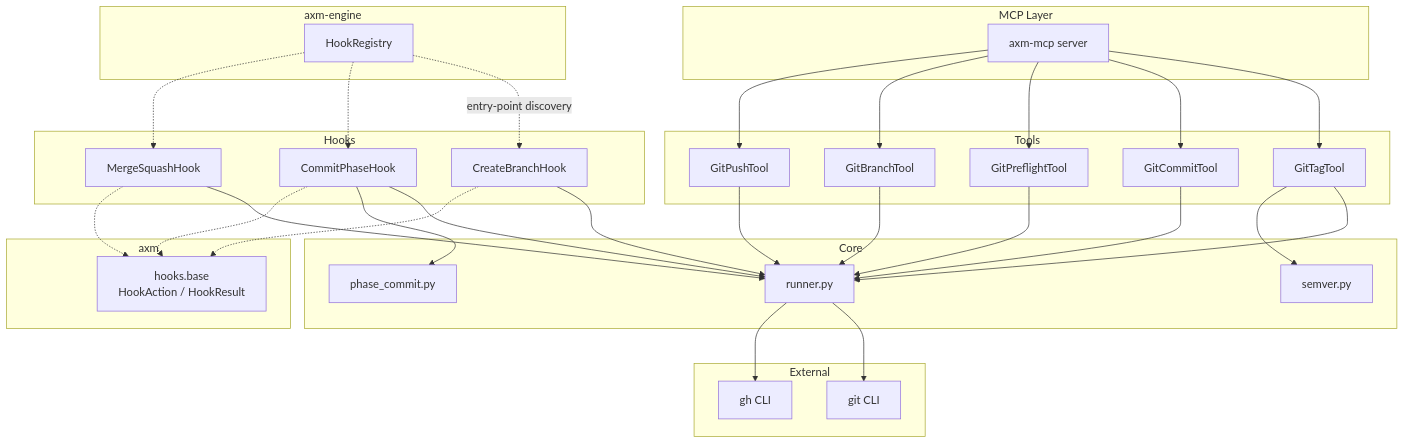
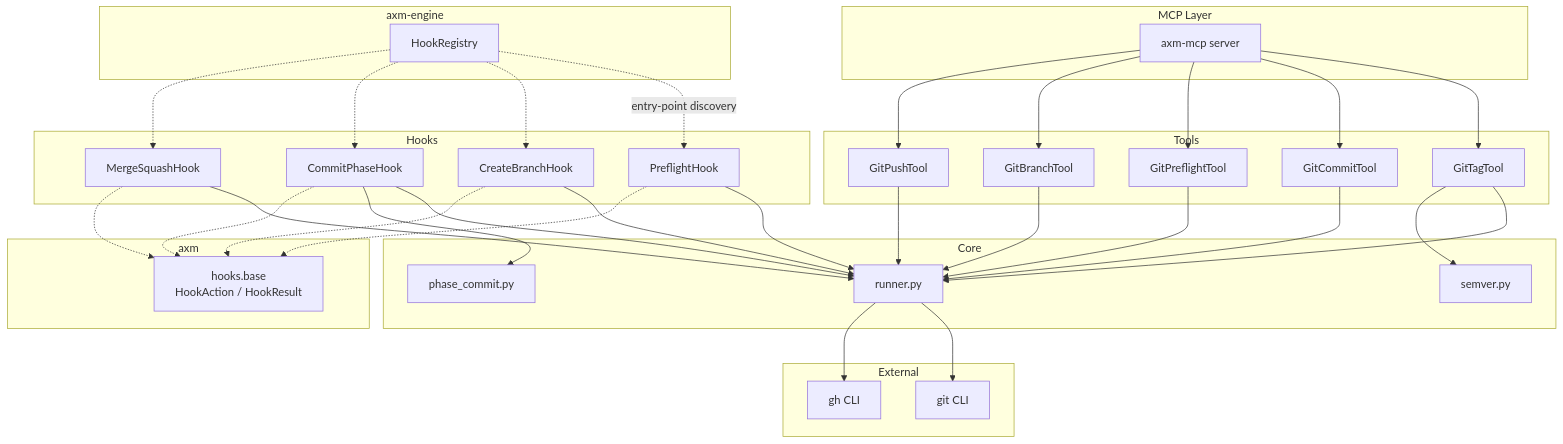
One commit to axm-protocols/axm-forge changed the diagram in packages/axm-git/docs/explanation/architecture.md. Above: the diagram before and after it, drawn with Mermaid. The commit also changed other lines of this file and 3 other files, not shown here.

Commit message:
docs(git): add PreflightHook and from_outputs mode to docs [AXM-605]

````diff
--- a/packages/axm-git/docs/explanation/architecture.md
+++ b/packages/axm-git/docs/explanation/architecture.md
@@ -7,63 +7,67 @@
 ```mermaid
 graph TD
     subgraph "MCP Layer"
         MCP["axm-mcp server"]
     end
 
     subgraph "Tools"
         Tag["GitTagTool"]
         Commit["GitCommitTool"]
         Preflight["GitPreflightTool"]
         Branch["GitBranchTool"]
         Push["GitPushTool"]
     end
 
     subgraph "Hooks"
+        PF["PreflightHook"]
         CB["CreateBranchHook"]
         CP["CommitPhaseHook"]
         MS["MergeSquashHook"]
     end
 
     subgraph "Core"
         Runner["runner.py"]
         Semver["semver.py"]
         PhaseCommit["phase_commit.py"]
     end
 
     subgraph "External"
         Git["git CLI"]
         GH["gh CLI"]
     end
 
     subgraph "axm"
         HookBase["hooks.base<br>HookAction / HookResult"]
     end
 
     subgraph "axm-engine"
         Registry["HookRegistry"]
     end
 
     MCP --> Tag
     MCP --> Commit
     MCP --> Preflight
     MCP --> Branch
     MCP --> Push
     Tag --> Runner
     Tag --> Semver
     Commit --> Runner
     Preflight --> Runner
     Branch --> Runner
     Push --> Runner
+    PF --> Runner
     CB --> Runner
     CP --> Runner
     CP --> PhaseCommit
     MS --> Runner
     Runner --> Git
     Runner --> GH
+    PF -.-> HookBase
     CB -.-> HookBase
     CP -.-> HookBase
     MS -.-> HookBase
-    Registry -.->|"entry-point discovery"| CB
+    Registry -.->|"entry-point discovery"| PF
+    Registry -.-> CB
     Registry -.-> CP
     Registry -.-> MS
 ```
````
